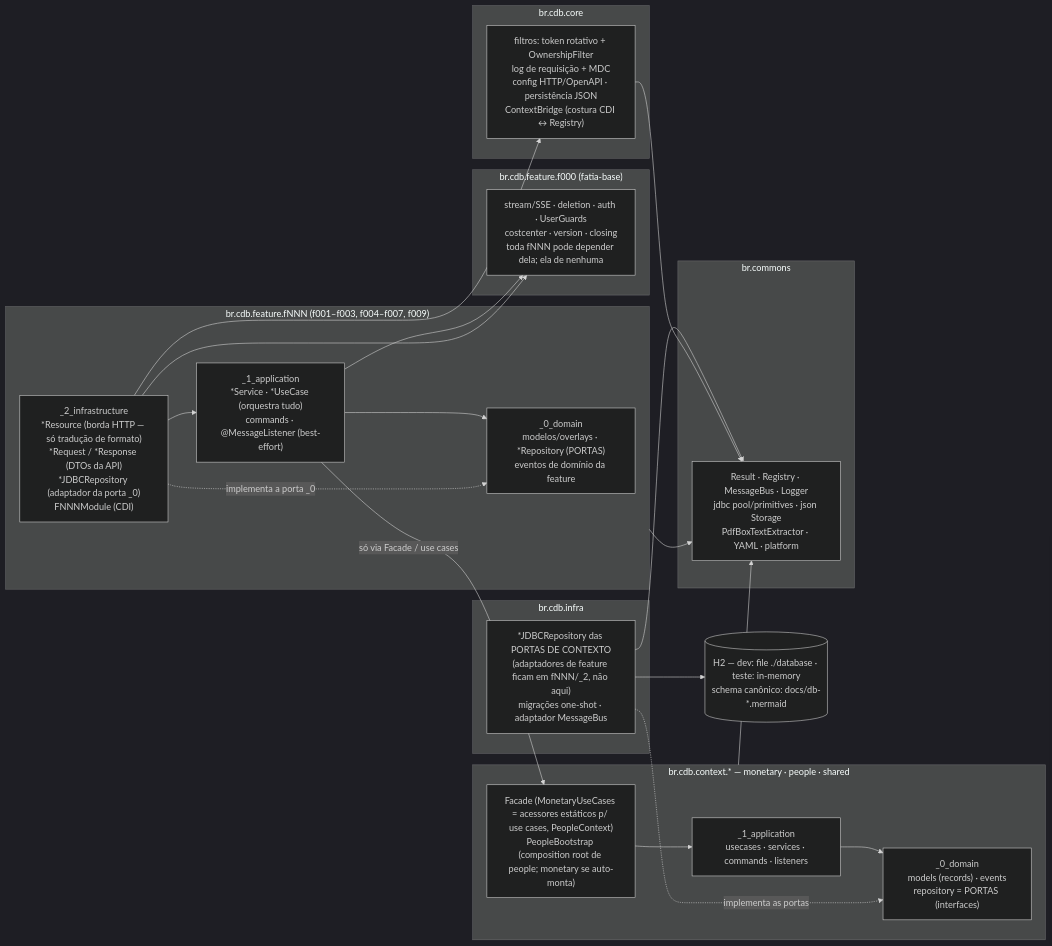
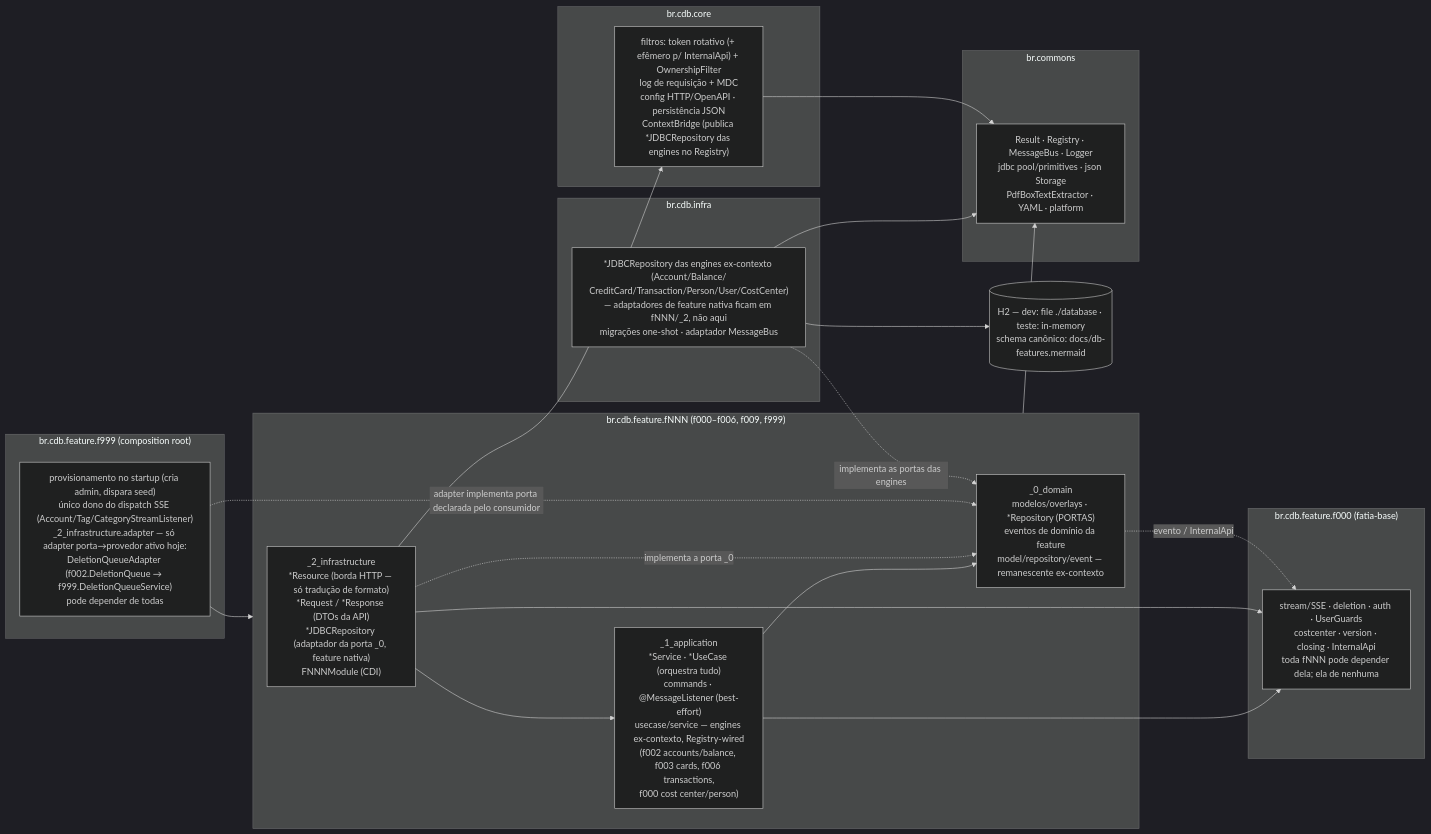
Before and after one commit to bkaraujo/cdb-judas: the diagram in docs/architecture-backend.mermaid, drawn with Mermaid (dark theme). The commit also changed 108 other files, not shown here.

```diff
--- a/docs/architecture-backend.mermaid
+++ b/docs/architecture-backend.mermaid
@@ -1,54 +1,58 @@
 flowchart LR
 %% CDB Finance — Backend: diagrama de pacotes (placement de classes).
 %% Cada caixa diz o que MORA no pacote; setas = dependências permitidas.
-%% ArchUnit proíbe: feature→contexto fora da Facade/use cases; Resource→Repository;
-%% contexto→framework; _1_application→_2_infrastructure (vale por contexto E por fNNN);
+%% ArchUnit proíbe: Resource→Repository; _1_application→_2_infrastructure (por fNNN);
 %% core→feature; fatia fNNN↔fNNN irmã, em qualquer direção (regra
-%% feature_slices_must_not_depend_on_sibling_slices). Só duas exceções: alvo f000 (kernel) e
-%% origem f999 (composition root — adapters que ligam porta de uma fatia a provedor de outra).
+%% feature_slices_must_not_depend_on_sibling_slices). Só duas exceções nomeadas: alvo f000
+%% (kernel) e origem f999 (composition root). Cross-slice de verdade é sempre evento
+%% (f000._0_domain.event, efeito sem retorno), f000.InternalApi (HTTP interno contra o endpoint
+%% público da fatia dona, leitura síncrona com retorno), ou adapter em
+%% f999._2_infrastructure.adapter (porta declarada pelo consumidor, provedor do outro lado).
+%% Exceção temporária (desde a fase 2 de .claude/plan.md, ver javadoc de isDissolvedContextRemnant
+%% em ArchitectureTest): acesso direto a subpacotes _0_domain.model/repository/event e
+%% _1_application.command/service/usecase/event — organização que as classes de
+%% br-context-monetary/br-context-people já tinham antes da dissolução dos contextos (fase 2),
+%% preservada dentro de fNNN.
 
-    subgraph feature["br.cdb.feature.fNNN  (f001–f003, f004–f007, f009)"]
-        F2["_2_infrastructure<br>*Resource (borda HTTP — só tradução de formato)<br>*Request / *Response (DTOs da API)<br>*JDBCRepository (adaptador da porta _0)<br>FNNNModule (CDI)"]
-        F1["_1_application<br>*Service · *UseCase (orquestra tudo)<br>commands · @MessageListener (best-effort)"]
-        F0["_0_domain<br>modelos/overlays · *Repository (PORTAS)<br>eventos de domínio da feature"]
+    subgraph feature["br.cdb.feature.fNNN  (f000–f006, f009, f999)"]
+        F2["_2_infrastructure<br>*Resource (borda HTTP — só tradução de formato)<br>*Request / *Response (DTOs da API)<br>*JDBCRepository (adaptador da porta _0, feature nativa)<br>FNNNModule (CDI)"]
+        F1["_1_application<br>*Service · *UseCase (orquestra tudo)<br>commands · @MessageListener (best-effort)<br>usecase/service — engines ex-contexto, Registry-wired<br>(f002 accounts/balance, f003 cards, f006 transactions,<br>f000 cost center/person)"]
+        F0["_0_domain<br>modelos/overlays · *Repository (PORTAS)<br>eventos de domínio da feature<br>model/repository/event — remanescente ex-contexto"]
     end
 
     subgraph base["br.cdb.feature.f000  (fatia-base)"]
-        BASE["stream/SSE · deletion · auth · UserGuards<br>costcenter · version · closing<br>toda fNNN pode depender dela; ela de nenhuma"]
+        BASE["stream/SSE · deletion · auth · UserGuards<br>costcenter · version · closing · InternalApi<br>toda fNNN pode depender dela; ela de nenhuma"]
+    end
+
+    subgraph root["br.cdb.feature.f999  (composition root)"]
+        ROOT["provisionamento no startup (cria admin, dispara seed)<br>único dono do dispatch SSE (Account/Tag/CategoryStreamListener)<br>_2_infrastructure.adapter — só adapter porta→provedor ativo hoje:<br>DeletionQueueAdapter (f002.DeletionQueue → f999.DeletionQueueService)<br>pode depender de todas"]
     end
 
     subgraph core["br.cdb.core"]
-        CORE["filtros: token rotativo + OwnershipFilter<br>log de requisição + MDC<br>config HTTP/OpenAPI · persistência JSON<br>ContextBridge (costura CDI ↔ Registry)"]
-    end
-
-    subgraph context["br.cdb.context.*  — monetary · people · shared"]
-        FAC["Facade (MonetaryUseCases = acessores estáticos p/ use cases, PeopleContext)<br>PeopleBootstrap (composition root de people; monetary se auto-monta)"]
-        APP["_1_application<br>usecases · services · commands · listeners"]
-        DOM["_0_domain<br>models (records) · events<br>repository = PORTAS (interfaces)"]
+        CORE["filtros: token rotativo (+ efêmero p/ InternalApi) + OwnershipFilter<br>log de requisição + MDC<br>config HTTP/OpenAPI · persistência JSON<br>ContextBridge (publica *JDBCRepository das engines no Registry)"]
     end
 
     subgraph infra["br.cdb.infra"]
-        INF["*JDBCRepository das PORTAS DE CONTEXTO<br>(adaptadores de feature ficam em fNNN/_2, não aqui)<br>migrações one-shot · adaptador MessageBus"]
+        INF["*JDBCRepository das engines ex-contexto (Account/Balance/<br>CreditCard/Transaction/Person/User/CostCenter)<br>— adaptadores de feature nativa ficam em fNNN/_2, não aqui<br>migrações one-shot · adaptador MessageBus"]
     end
 
     subgraph commons["br.commons"]
         COM["Result · Registry · MessageBus · Logger<br>jdbc pool/primitives · json Storage<br>PdfBoxTextExtractor · YAML · platform"]
     end
 
-    DB[("H2 — dev: file ./database · teste: in-memory<br>schema canônico: docs/db-*.mermaid")]
+    DB[("H2 — dev: file ./database · teste: in-memory<br>schema canônico: docs/db-features.mermaid")]
 
     F2 --> F1
     F1 --> F0
     F2 -.->|"implementa a porta _0"| F0
-    F1 -->|"só via Facade / use cases"| FAC
     F1 --> BASE
     F2 --> BASE
     F2 --> CORE
-    FAC --> APP
-    APP --> DOM
-    INF -.->|"implementa as portas"| DOM
+    F0 -.->|"evento / InternalApi"| BASE
+    ROOT --> feature
+    ROOT -.->|"adapter implementa porta declarada pelo consumidor"| F0
+    INF -.->|"implementa as portas das engines"| F0
     INF --> DB
-    context --> COM
     INF --> COM
     CORE --> COM
     feature --> COM
```
